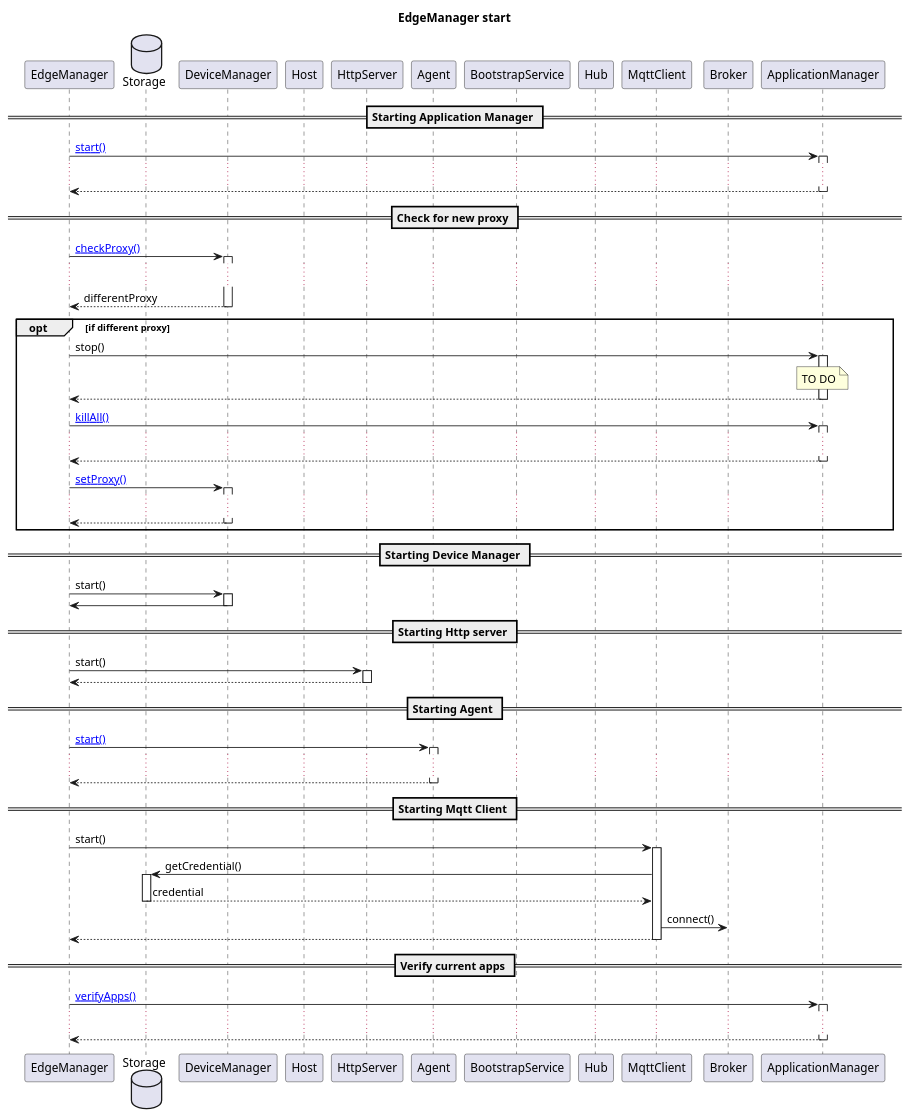
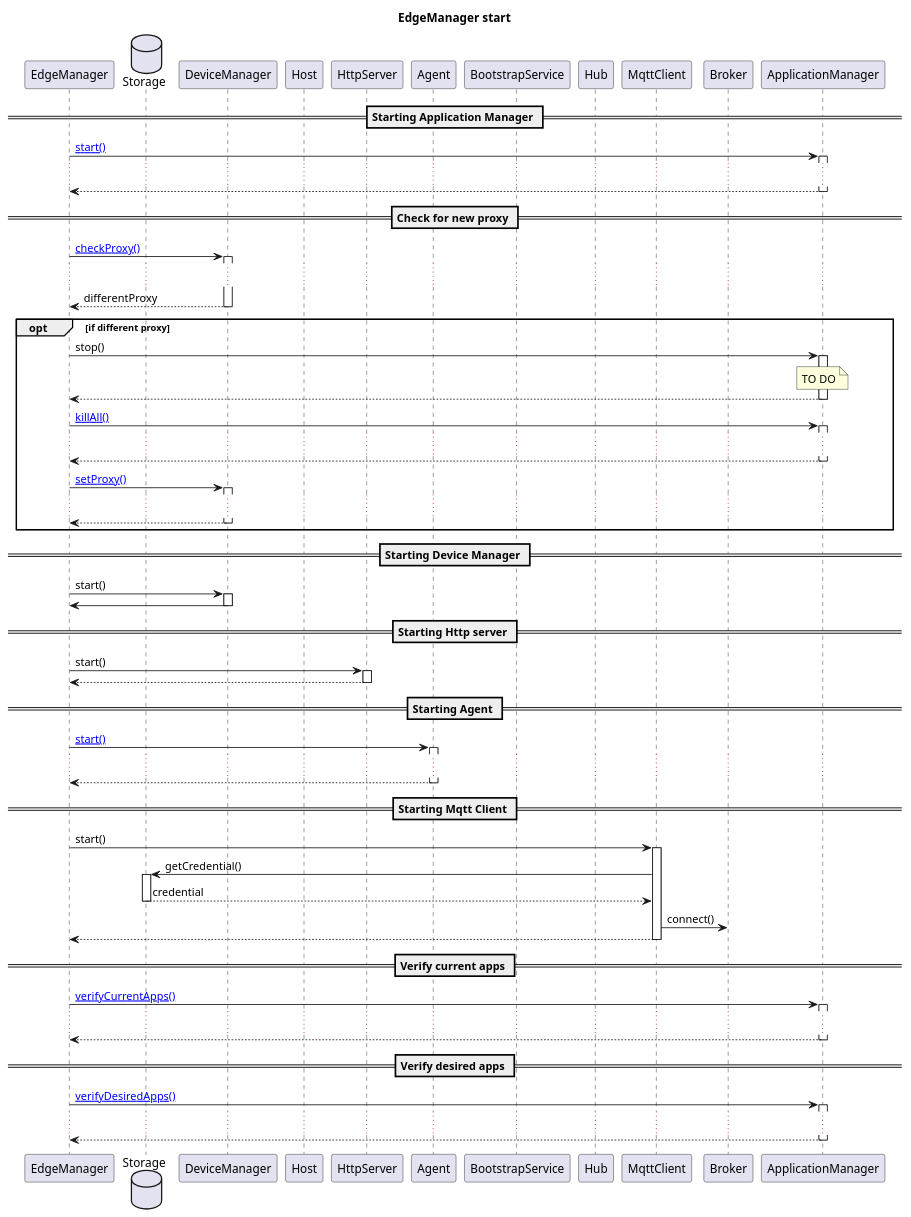
The diagram in EdgeManager/boot.puml (se-edge/framework-diagrams), drawn with PlantUML before and after one commit. The commit also changed 8 other files, not shown here.

Commit message:
update boot sequence diagram

```diff
--- a/EdgeManager/boot.puml
+++ b/EdgeManager/boot.puml
@@ -1,68 +1,74 @@
 @startuml
 
 title "EdgeManager start"
 
 participant EdgeManager as EM
 database Storage as Stor
 participant DeviceManager as DM
 participant Host as Host
 participant HttpServer as Http
 participant Agent as A
 participant BootstrapService as BS
 participant Hub as Hub
 participant MqttClient as Mqtt
 participant Broker as Broker
 participant ApplicationManager as AM
 
 == Starting Application Manager ==
 
 EM->AM ++: [[http://www.plantuml.com/plantuml/proxy?cache=no&src=https://raw.githubusercontent.com/se-edge/diagrams/develop/ApplicationManager/start.puml&fmt=svg start()]]
 ...
 AM-->EM --:
 
 == Check for new proxy ==
 EM->DM ++: [[http://www.plantuml.com/plantuml/proxy?cache=no&src=https://raw.githubusercontent.com/se-edge/diagrams/develop/DeviceManager/checkProxy.puml&fmt=svg checkProxy()]]
 ...
 DM-->EM --: differentProxy
 opt if different proxy
 EM->AM ++: stop()
 note over AM: TO DO
 AM-->EM --:
 EM->AM ++: [[http://www.plantuml.com/plantuml/proxy?cache=no&src=https://raw.githubusercontent.com/se-edge/diagrams/develop/ApplicationManager/killAll.puml&fmt=svg killAll()]]
 ...
 AM-->EM --:
 EM->DM ++: [[http://www.plantuml.com/plantuml/proxy?cache=no&src=https://raw.githubusercontent.com/se-edge/diagrams/develop/DeviceManager/setProxy.puml&fmt=svg setProxy()]]
 ...
 DM-->EM --:
 end
 
 == Starting Device Manager ==
 
 EM->DM ++: start()
 DM->EM --:
 
 == Starting Http server ==
 
 EM->Http ++: start()
 Http-->EM --:
 
 == Starting Agent ==
 
 EM->A ++: [[http://www.plantuml.com/plantuml/proxy?cache=no&src=https://raw.githubusercontent.com/se-edge/diagrams/develop/Agent/start.puml&fmt=svg start()]]
 ...
 A-->EM --:
 
 == Starting Mqtt Client ==
 
 EM->Mqtt ++: start()
 Mqtt->Stor ++: getCredential()
 Stor-->Mqtt --: credential
 Mqtt->Broker: connect()
 Mqtt-->EM --:
 
 == Verify current apps ==
 
-EM->AM ++: [[http://www.plantuml.com/plantuml/proxy?cache=no&src=https://raw.githubusercontent.com/se-edge/diagrams/develop/ApplicationManager/verifyApps.puml&fmt=svg verifyApps()]]
+EM->AM ++: [[http://www.plantuml.com/plantuml/proxy?cache=no&src=https://raw.githubusercontent.com/se-edge/diagrams/develop/ApplicationManager/verifyCurrentApps.puml&fmt=svg verifyCurrentApps()]]
+...
+AM-->EM --:
+
+== Verify desired apps ==
+
+EM->AM ++: [[http://www.plantuml.com/plantuml/proxy?cache=no&src=https://raw.githubusercontent.com/se-edge/diagrams/develop/ApplicationManager/verifyDesiredApps.puml&fmt=svg verifyDesiredApps()]]
 ...
 AM-->EM --:
 @enduml
```
